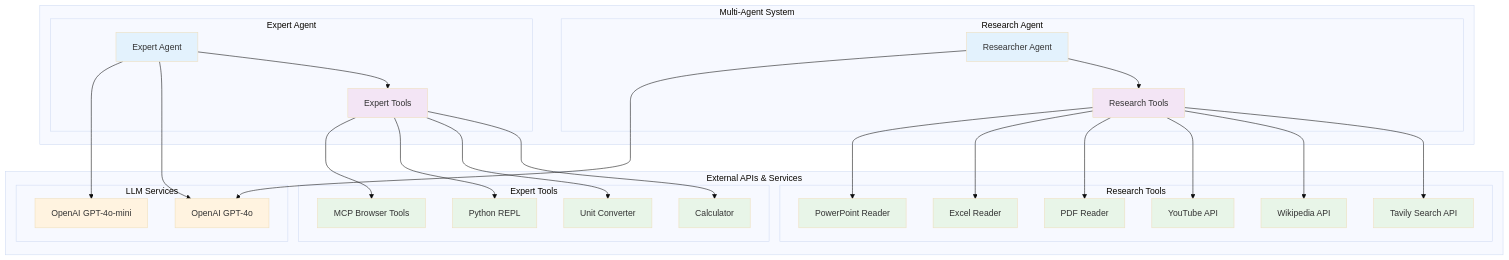
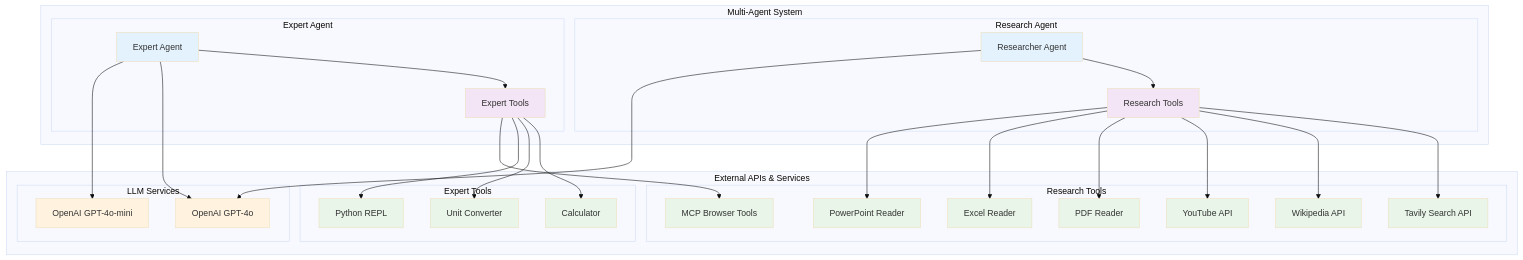
Before and after one commit to jdsham/hf-ai-agents-course: the sixth of 14 diagrams in docs/src2/ARCHITECTURE.md, drawn with Mermaid (base theme). The commit also changed other lines of this file, not shown here.

Commit message:
Updated source code architecture document. Refined Section 5.

````diff
--- a/docs/src2/ARCHITECTURE.md
+++ b/docs/src2/ARCHITECTURE.md
@@ -1108,65 +1110,65 @@
 ```mermaid
 graph TB
     subgraph "Multi-Agent System"
         subgraph "Research Agent"
             R[Researcher Agent]
             RT[Research Tools]
         end
         
         subgraph "Expert Agent"
             E[Expert Agent]
             ET[Expert Tools]
         end
     end
     
     subgraph "External APIs & Services"
         subgraph "Research Tools"
             Tavily[Tavily Search API]
             Wiki[Wikipedia API]
             YouTube[YouTube API]
             PDF[PDF Reader]
             Excel[Excel Reader]
             PPT[PowerPoint Reader]
+            MCP[MCP Browser Tools]
         end
         
         subgraph "Expert Tools"
             Calc[Calculator]
             Unit[Unit Converter]
             Python[Python REPL]
-            MCP[MCP Browser Tools]
         end
         
         subgraph "LLM Services"
             GPT4o[OpenAI GPT-4o]
             GPT4oMini[OpenAI GPT-4o-mini]
         end
     end
     
     R --> RT
     RT --> Tavily
     RT --> Wiki
     RT --> YouTube
     RT --> PDF
     RT --> Excel
     RT --> PPT
     
     E --> ET
     ET --> Calc
     ET --> Unit
     ET --> Python
     ET --> MCP
     
     R --> GPT4o
     E --> GPT4o
     E --> GPT4oMini
     
     classDef agent fill:#e3f2fd
     classDef tool fill:#f3e5f5
     classDef api fill:#e8f5e8
     classDef llm fill:#fff3e0
     
     class R,E agent
     class RT,ET tool
     class Tavily,Wiki,YouTube,PDF,Excel,PPT,Calc,Unit,Python,MCP api
     class GPT4o,GPT4oMini llm
 ```
````
